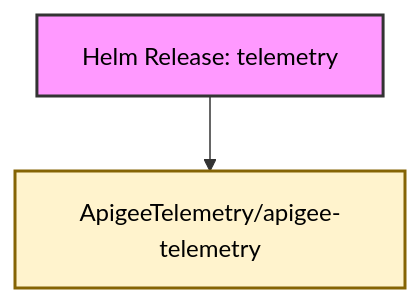
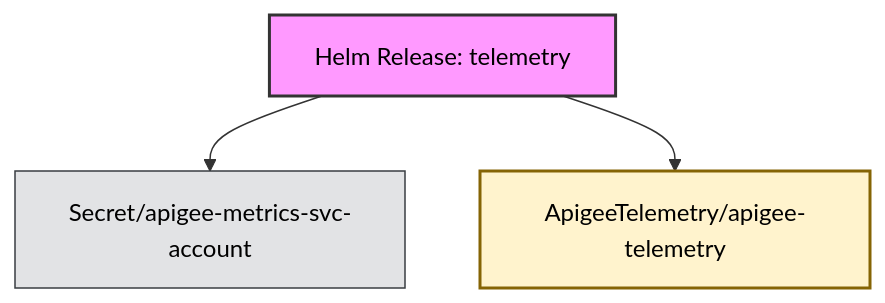
One commit to anaik91/apigee-hybrid-relationship-builder changed the diagram in generated/apigee-telemetry-1.15.0-shallow-all.md. Above: the diagram before and after it, drawn with Mermaid. The commit also changed other lines of this file and 51 other files, not shown here.

````diff
--- a/generated/apigee-telemetry-1.15.0-shallow-all.md
+++ b/generated/apigee-telemetry-1.15.0-shallow-all.md
@@ -11,20 +11,23 @@
 ```mermaid
 graph TD;
     classDef helm fill:#f9f,stroke:#333,stroke-width:2px,color:#000
     classDef workload fill:#cce5ff,stroke:#004085,stroke-width:1px,color:#000
     classDef network fill:#d4edda,stroke:#155724,stroke-width:1px,color:#000
     classDef config fill:#e2e3e5,stroke:#383d41,stroke-width:1px,color:#000
     classDef rbac fill:#f8d7da,stroke:#721c24,stroke-width:1px,color:#000
     classDef apigee_crd fill:#fff3cd,stroke:#856404,stroke-width:2px,color:#000
     classDef cert_manager_crd fill:#d1ecf1,stroke:#0c5460,stroke-width:2px,color:#000
     classDef webhook fill:#ddd,stroke:#333,stroke-width:2px,color:#000
     classDef default fill:#fff,stroke:#333,stroke-width:1px,color:#000
 
     HelmReleasetelemetry["Helm Release: telemetry"]
+    Secretapigeemetricssvcaccount["Secret/apigee-metrics-svc-account"]
     ApigeeTelemetryapigeetelemetry["ApigeeTelemetry/apigee-telemetry"]
 
     class HelmReleasetelemetry helm;
+    class Secretapigeemetricssvcaccount config;
     class ApigeeTelemetryapigeetelemetry apigee_crd;
 
+    HelmReleasetelemetry --> Secretapigeemetricssvcaccount
     HelmReleasetelemetry --> ApigeeTelemetryapigeetelemetry
 ```
````
